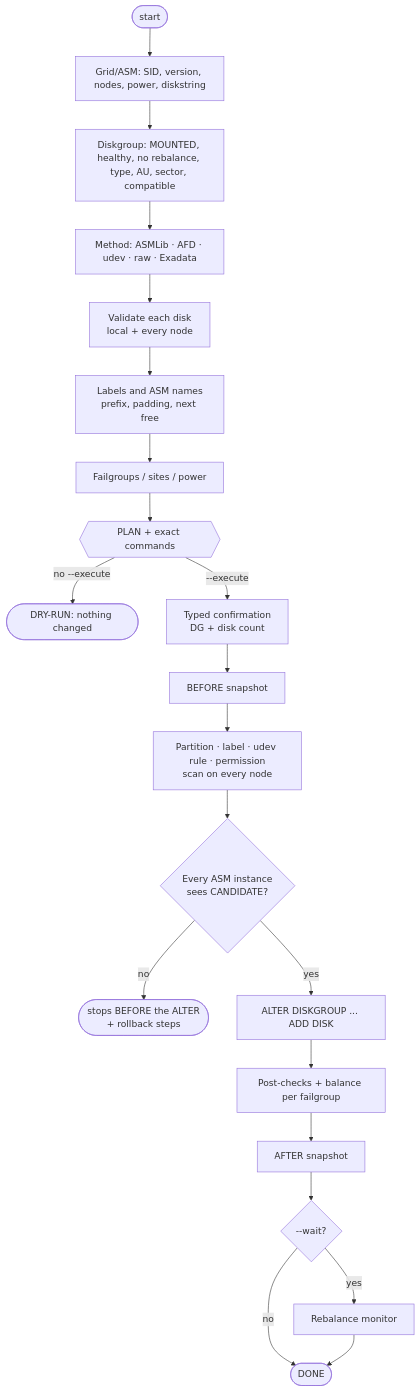
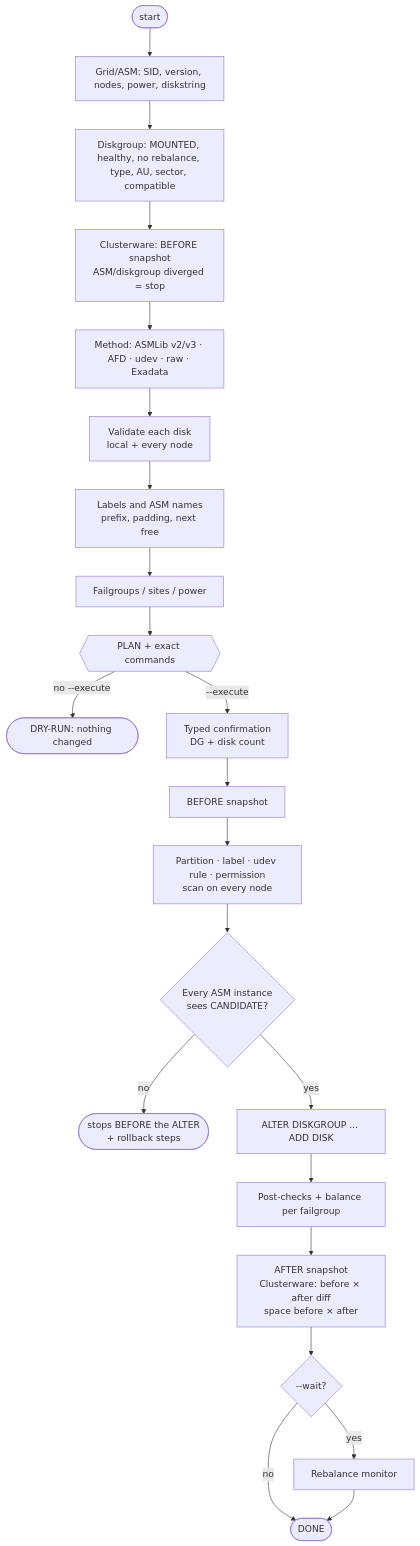
The diagram in README.en.md (acaciolr/asm-add-disk-brabo), drawn with Mermaid before and after one commit. The commit also changed other lines of this file and 54 other files, not shown here.

````diff
--- a/README.en.md
+++ b/README.en.md
@@ -80,23 +91,24 @@
 ```mermaid
 flowchart TD
     A([start]) --> B[Grid/ASM: SID, version, nodes, power, diskstring]
     B --> C[Diskgroup: MOUNTED, healthy, no rebalance, type, AU, sector, compatible]
-    C --> D[Method: ASMLib · AFD · udev · raw · Exadata]
+    C --> C2[Clusterware: BEFORE snapshot<br/>ASM/diskgroup diverged = stop]
+    C2 --> D[Method: ASMLib v2/v3 · AFD · udev · raw · Exadata]
     D --> E[Validate each disk<br/>local + every node]
     E --> F[Labels and ASM names<br/>prefix, padding, next free]
     F --> G[Failgroups / sites / power]
     G --> H{{PLAN + exact commands}}
     H -->|no --execute| Z([DRY-RUN: nothing changed])
     H -->|--execute| I[Typed confirmation<br/>DG + disk count]
     I --> J[BEFORE snapshot]
     J --> K[Partition · label · udev rule · permission<br/>scan on every node]
     K --> L{Every ASM instance<br/>sees CANDIDATE?}
     L -->|no| R([stops BEFORE the ALTER<br/>+ rollback steps])
     L -->|yes| M[ALTER DISKGROUP ... ADD DISK]
     M --> N[Post-checks + balance per failgroup]
-    N --> O[AFTER snapshot]
+    N --> O[AFTER snapshot<br/>Clusterware: before × after diff<br/>space before × after]
     O --> P{--wait?}
     P -->|yes| Q[Rebalance monitor]
     P -->|no| S([DONE])
     Q --> S
 ```
````
